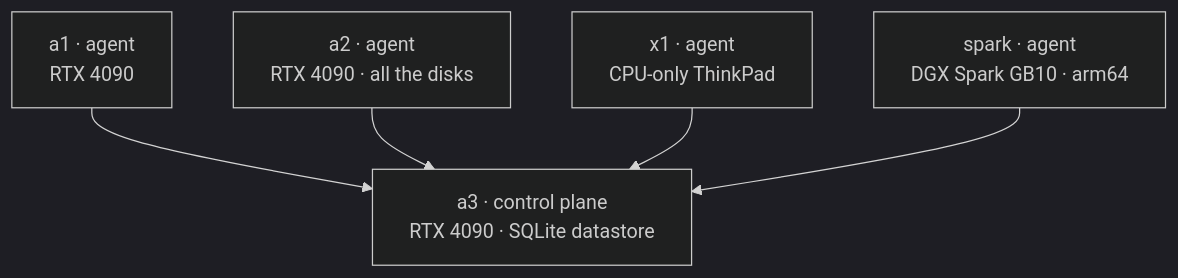
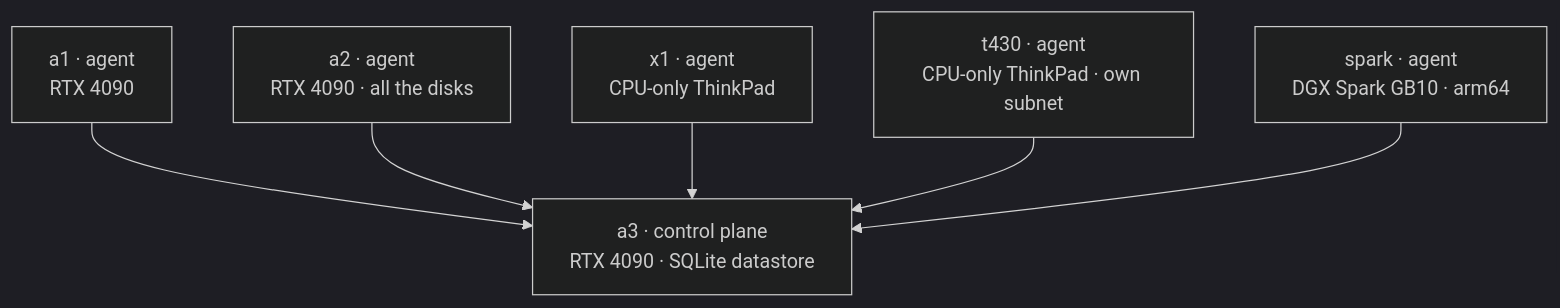
Before and after one commit to briancaffey/home-lab: the diagram in docs-site/docs/foundations/k3s.md, drawn with Mermaid (dark theme). The commit also changed other lines of this file and 15 other files, not shown here.

````diff
--- a/docs-site/docs/foundations/k3s.md
+++ b/docs-site/docs/foundations/k3s.md
@@ -16,12 +16,14 @@
 ```mermaid
 graph TD
     a3["a3 · control plane<br/>RTX 4090 · SQLite datastore"]
     a1["a1 · agent<br/>RTX 4090"]
     a2["a2 · agent<br/>RTX 4090 · all the disks"]
     x1["x1 · agent<br/>CPU-only ThinkPad"]
+    t430["t430 · agent<br/>CPU-only ThinkPad · own subnet"]
     spark["spark · agent<br/>DGX Spark GB10 · arm64"]
     a1 --> a3
     a2 --> a3
     x1 --> a3
+    t430 --> a3
     spark --> a3
 ```
````
